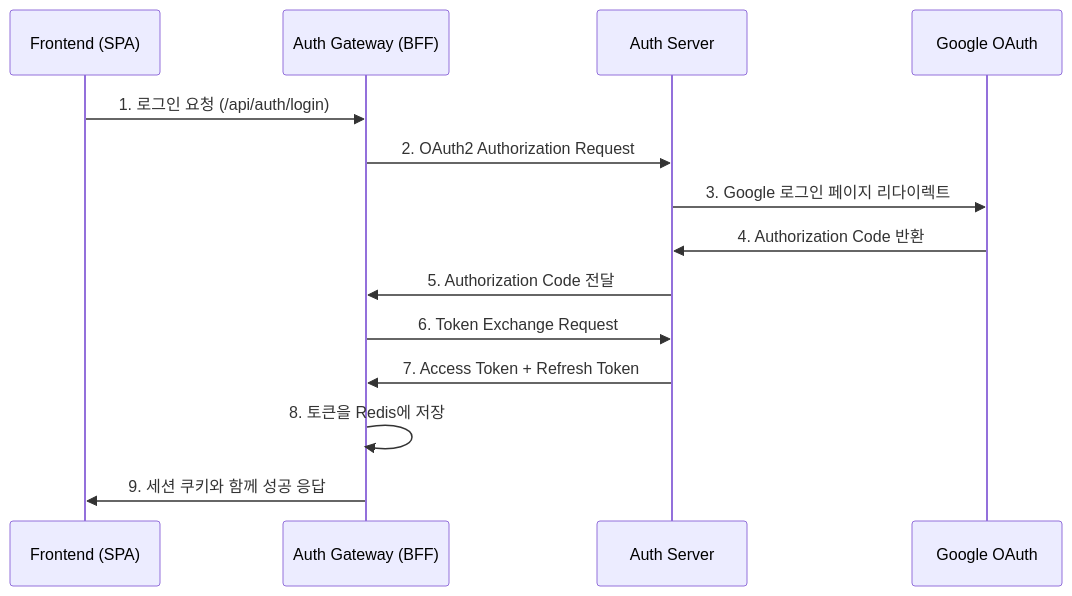
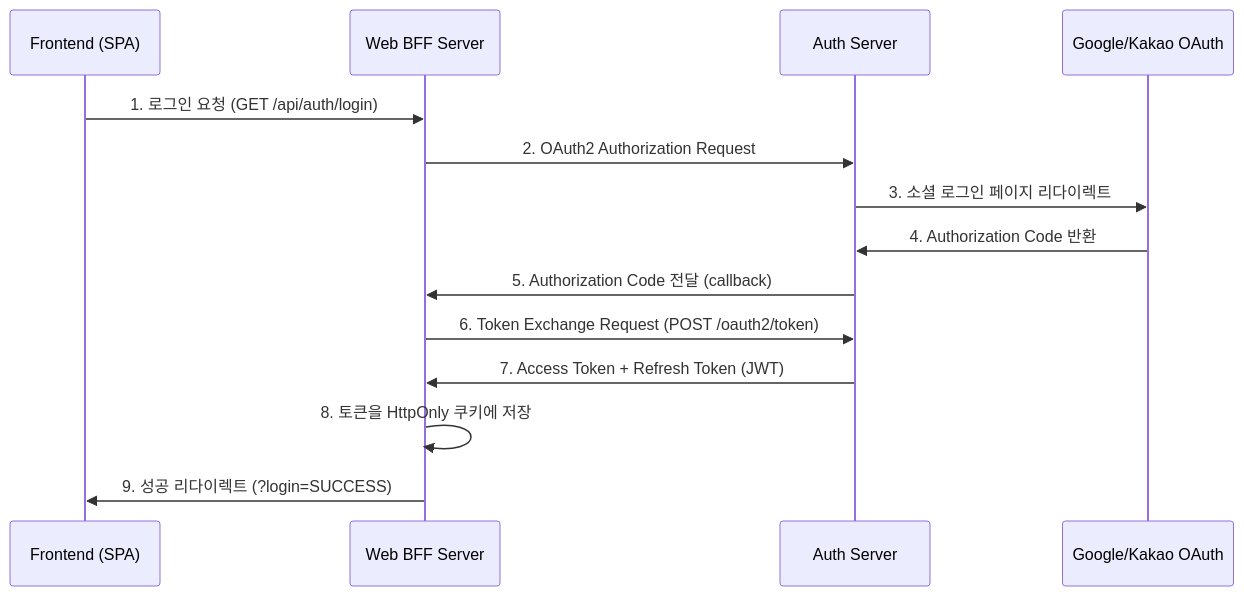
Before and after one commit to rnflrnfl41/spring-msa-boilerplate: the first of 2 diagrams in README.md, drawn with Mermaid. The commit also changed other lines of this file, not shown here.

````diff
--- a/README.md
+++ b/README.md
@@ -83,17 +122,17 @@
 ```mermaid
 sequenceDiagram
     participant SPA as Frontend (SPA)
-    participant BFF as Auth Gateway (BFF)
+    participant BFF as Web BFF Server
     participant AS as Auth Server
-    participant Google as Google OAuth
+    participant Google as Google/Kakao OAuth
 
-    SPA->>BFF: 1. 로그인 요청 (/api/auth/login)
+    SPA->>BFF: 1. 로그인 요청 (GET /api/auth/login)
     BFF->>AS: 2. OAuth2 Authorization Request
-    AS->>Google: 3. Google 로그인 페이지 리다이렉트
+    AS->>Google: 3. 소셜 로그인 페이지 리다이렉트
     Google->>AS: 4. Authorization Code 반환
-    AS->>BFF: 5. Authorization Code 전달
-    BFF->>AS: 6. Token Exchange Request
-    AS->>BFF: 7. Access Token + Refresh Token
-    BFF->>BFF: 8. 토큰을 Redis에 저장
-    BFF->>SPA: 9. 세션 쿠키와 함께 성공 응답
+    AS->>BFF: 5. Authorization Code 전달 (callback)
+    BFF->>AS: 6. Token Exchange Request (POST /oauth2/token)
+    AS->>BFF: 7. Access Token + Refresh Token (JWT)
+    BFF->>BFF: 8. 토큰을 HttpOnly 쿠키에 저장
+    BFF->>SPA: 9. 성공 리다이렉트 (?login=SUCCESS)
 ```
````
